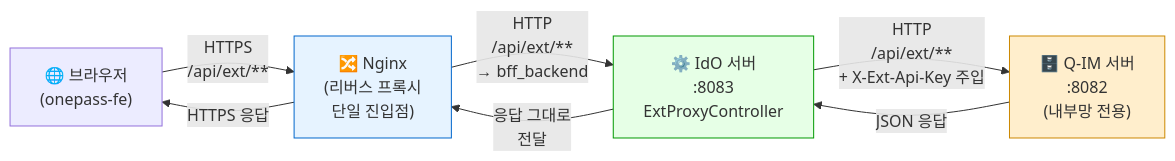
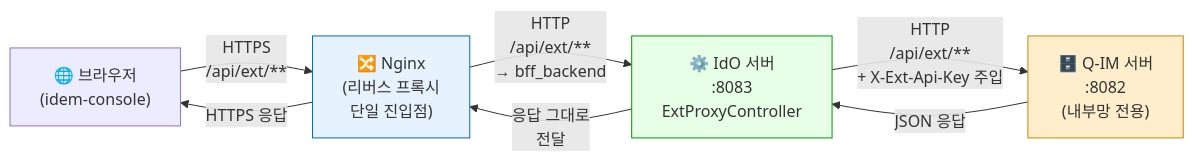
The first of 8 diagrams in docs/ext_api_proxy_guide.md (HipsterMIN/integration-sso), drawn with Mermaid before and after one commit. The commit also changed other lines of this file and 71 other files, not shown here.

````diff
--- a/docs/ext_api_proxy_guide.md
+++ b/docs/ext_api_proxy_guide.md
@@ -29,18 +29,18 @@
 ```mermaid
 flowchart LR
-    FE["🌐 브라우저\n(onepass-fe)"]
+    FE["🌐 브라우저\n(idem-console)"]
     NGINX["🔀 Nginx\n(리버스 프록시\n단일 진입점)"]
     IDO["⚙️ IdO 서버\n:8083\nExtProxyController"]
     QIM["🗄️ Q-IM 서버\n:8082\n(내부망 전용)"]
 
     FE -->|"HTTPS\n/api/ext/**"| NGINX
     NGINX -->|"HTTP\n/api/ext/**\n→ bff_backend"| IDO
     IDO -->|"HTTP\n/api/ext/**\n+ X-Ext-Api-Key 주입"| QIM
     QIM -->|"JSON 응답"| IDO
     IDO -->|"응답 그대로\n전달"| NGINX
     NGINX -->|"HTTPS 응답"| FE
 
     style QIM fill:#ffeecc,stroke:#cc8800
     style NGINX fill:#e6f3ff,stroke:#0066cc
     style IDO fill:#e6ffe6,stroke:#009900
 ```
````
